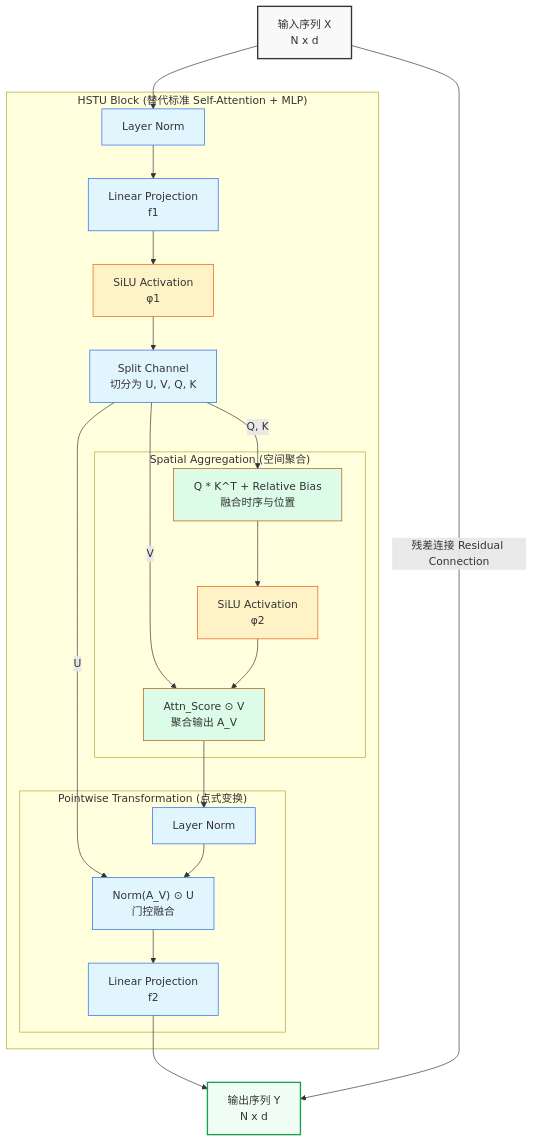
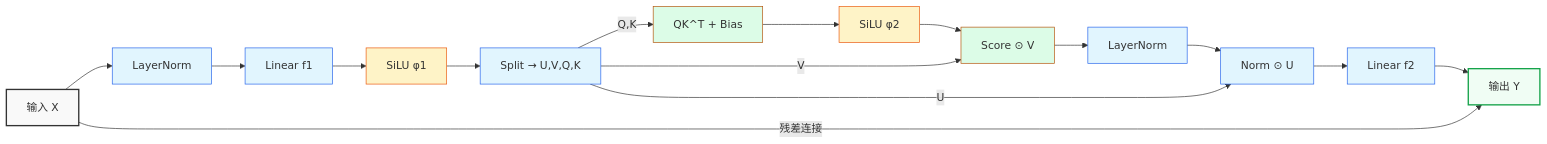
The first of 2 diagrams in content/blog/posts/007_hstu_paper_review/index.md (bansheng/bansheng.github.io), drawn with Mermaid before and after one commit. The commit also changed 160 other files, not shown here.

```diff
--- a/content/blog/posts/007_hstu_paper_review/index.md
+++ b/content/blog/posts/007_hstu_paper_review/index.md
@@ -31,52 +31,34 @@
 {{< mermaid >}}
-graph TD
-    %% Define Styles
+graph LR
     classDef input fill:#f9f9f9,stroke:#333,stroke-width:2px;
     classDef linear fill:#e1f5fe,stroke:#2563eb,stroke-width:1px;
     classDef act fill:#fef3c7,stroke:#ea580c,stroke-width:1px;
     classDef attention fill:#dcfce7,stroke:#b45309,stroke-width:1px;
     classDef output fill:#f0fdf4,stroke:#16a34a,stroke-width:2px;
 
-    %% Nodes
-    Input["输入序列 X <br/> N x d"]:::input
-    
-    subgraph HSTU_Block ["HSTU Block (替代标准 Self-Attention + MLP)"]
-        Norm1["Layer Norm"]:::linear
-        Linear1["Linear Projection <br/> f1"]:::linear
-        SiLU1["SiLU Activation <br/> φ1"]:::act
-        Split["Split Channel <br/> 切分为 U, V, Q, K"]:::linear
-        
-        subgraph Spatial_Aggregation ["Spatial Aggregation (空间聚合)"]
-            Attn["Q * K^T + Relative Bias <br/> 融合时序与位置"]:::attention
-            SiLU2["SiLU Activation <br/> φ2"]:::act
-            Mul_V["Attn_Score ⊙ V <br/> 聚合输出 A_V"]:::attention
-        end
-        
-        subgraph Pointwise_Transformation ["Pointwise Transformation (点式变换)"]
-            Norm2["Layer Norm"]:::linear
-            Mul_U["Norm(A_V) ⊙ U <br/> 门控融合"]:::linear
-            Linear2["Linear Projection <br/> f2"]:::linear
-        end
-    end
-    
-    Output["输出序列 Y <br/> N x d"]:::output
+    Input["输入 X"]:::input
 
-    %% Edges
-    Input --> Norm1
-    Norm1 --> Linear1
-    Linear1 --> SiLU1
-    SiLU1 --> Split
-    
-    Split -->|Q, K| Attn
-    Attn --> SiLU2
-    Split -->|V| Mul_V
-    SiLU2 --> Mul_V
-    
-    Mul_V --> Norm2
-    Split -->|U| Mul_U
-    Norm2 --> Mul_U
-    Mul_U --> Linear2
-    
-    Linear2 --> Output
-    Input -->|"残差连接 Residual Connection"| Output
+    Norm1["LayerNorm"]:::linear
+    Linear1["Linear f1"]:::linear
+    SiLU1["SiLU φ1"]:::act
+    Split["Split → U,V,Q,K"]:::linear
+
+    %% Spatial Aggregation
+    Attn["QK^T + Bias"]:::attention
+    SiLU2["SiLU φ2"]:::act
+    Mul_V["Score ⊙ V"]:::attention
+
+    %% Pointwise Transformation
+    Norm2["LayerNorm"]:::linear
+    Mul_U["Norm ⊙ U"]:::linear
+    Linear2["Linear f2"]:::linear
+
+    Output["输出 Y"]:::output
+
+    Input --> Norm1 --> Linear1 --> SiLU1 --> Split
+    Split -->|"Q,K"| Attn --> SiLU2 --> Mul_V
+    Split -->|"V"| Mul_V
+    Mul_V --> Norm2 --> Mul_U --> Linear2 --> Output
+    Split -->|"U"| Mul_U
+    Input -->|"残差连接"| Output
 {{< /mermaid >}}
```
